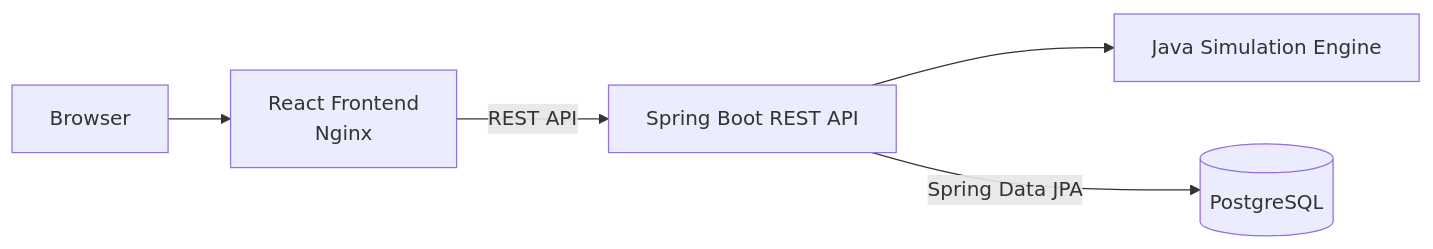
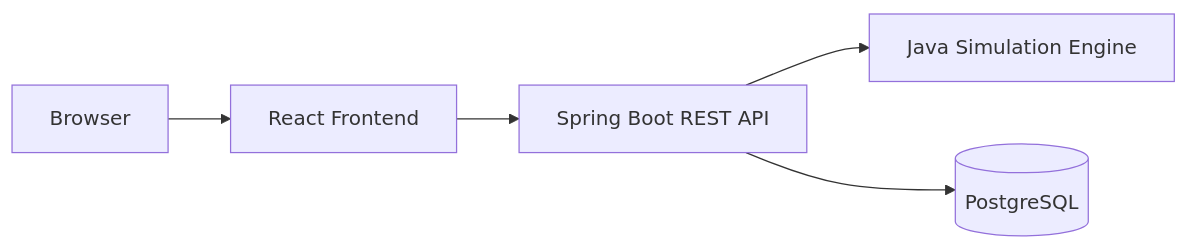
The diagram in README.md (Kaijing-Zheng/digital-circuit-simulator), drawn with Mermaid before and after one commit.

Commit message:
Improve project documentation

````diff
--- a/README.md
+++ b/README.md
@@ -35,13 +35,7 @@
 ```mermaid
 flowchart LR
-    Browser["Browser"]
-    Frontend["React Frontend<br/>Nginx"]
-    API["Spring Boot REST API"]
-    Engine["Java Simulation Engine"]
-    DB[("PostgreSQL")]
-
-    Browser --> Frontend
-    Frontend -->|REST API| API
-    API --> Engine
-    API -->|Spring Data JPA| DB
+    Browser[Browser] --> Frontend[React Frontend]
+    Frontend --> API[Spring Boot REST API]
+    API --> Engine[Java Simulation Engine]
+    API --> DB[(PostgreSQL)]
 ```
````
